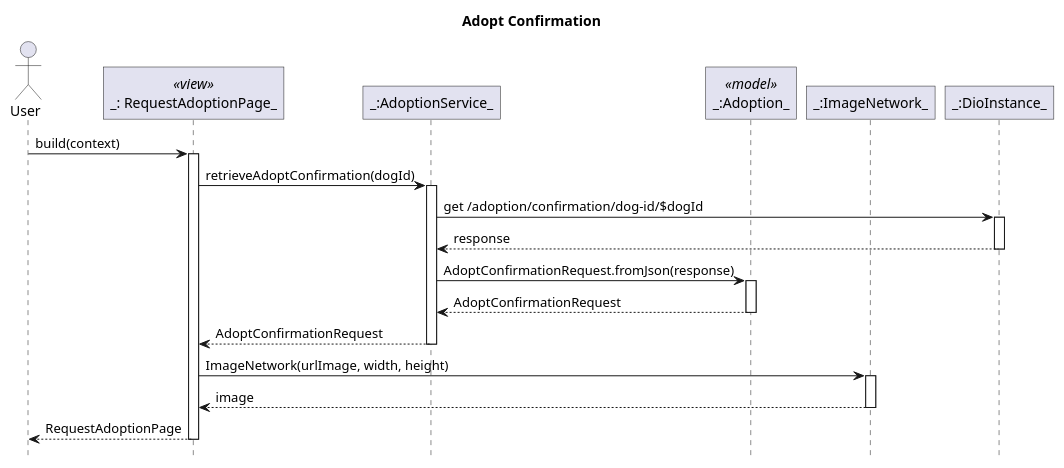
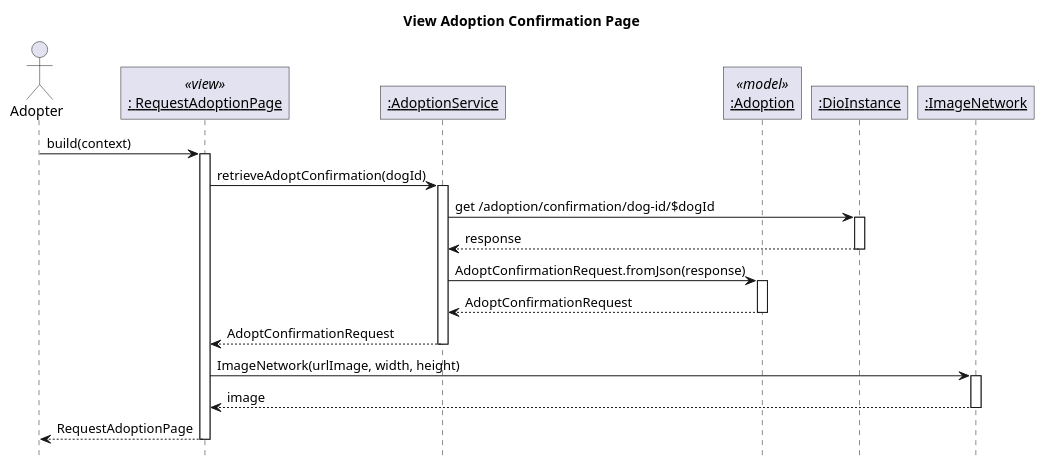
Before and after one commit to sharoncedila/FO_woofers: the diagram in lib/plantuml/adoption/adopt confirmation.puml, drawn with PlantUML. The commit also changed 31 other files, not shown here.

Commit message:
push updated sequence plantuml

```diff
--- a/lib/plantuml/adoption/adopt confirmation.puml
+++ b/lib/plantuml/adoption/adopt confirmation.puml
@@ -1,31 +1,31 @@
-@startuml AdoptConfirmation
+@startuml View Adoption Confirmation Page
 ' Global param
-title Adopt Confirmation
+title View Adoption Confirmation Page
 autoactivate on
 
 ' Global style configuration
 skinparam RoundCorner 0
 hide footbox
 
 ' Sequence participant configuration
-actor User
-participant "_: RequestAdoptionPage_" as Page <<view>>
-participant "_:AdoptionService_" as Service
-participant "_:Adoption_" as Model <<model>>
-participant "_:ImageNetwork_" as Image
-participant "_:DioInstance_" as Dio
+actor "Adopter" as User
+participant "__: RequestAdoptionPage__" as Page <<view>>
+participant "__:AdoptionService__" as Service
+participant "__:Adoption__" as Model <<model>>
+participant "__:DioInstance__" as Dio
+participant "__:ImageNetwork__" as Image
 
 
 ' Sequence diagram
 User -> Page: build(context)
 Page -> Service: retrieveAdoptConfirmation(dogId)
 Service -> Dio : get /adoption/confirmation/dog-id/$dogId
 Service <-- Dio : response
 Service -> Model : AdoptConfirmationRequest.fromJson(response)
 Service <-- Model : AdoptConfirmationRequest
 Page <-- Service : AdoptConfirmationRequest
 Page -> Image : ImageNetwork(urlImage, width, height)
 Page <-- Image : image
 User <-- Page: RequestAdoptionPage
 
 @enduml
```
